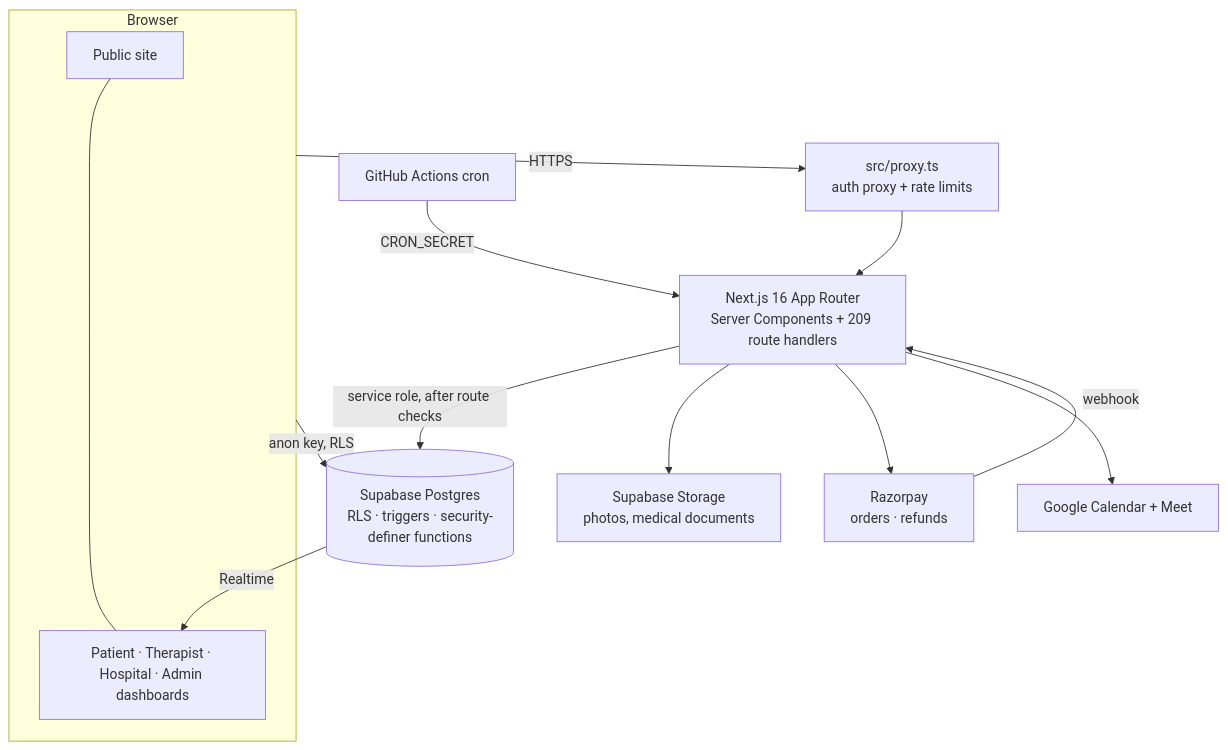
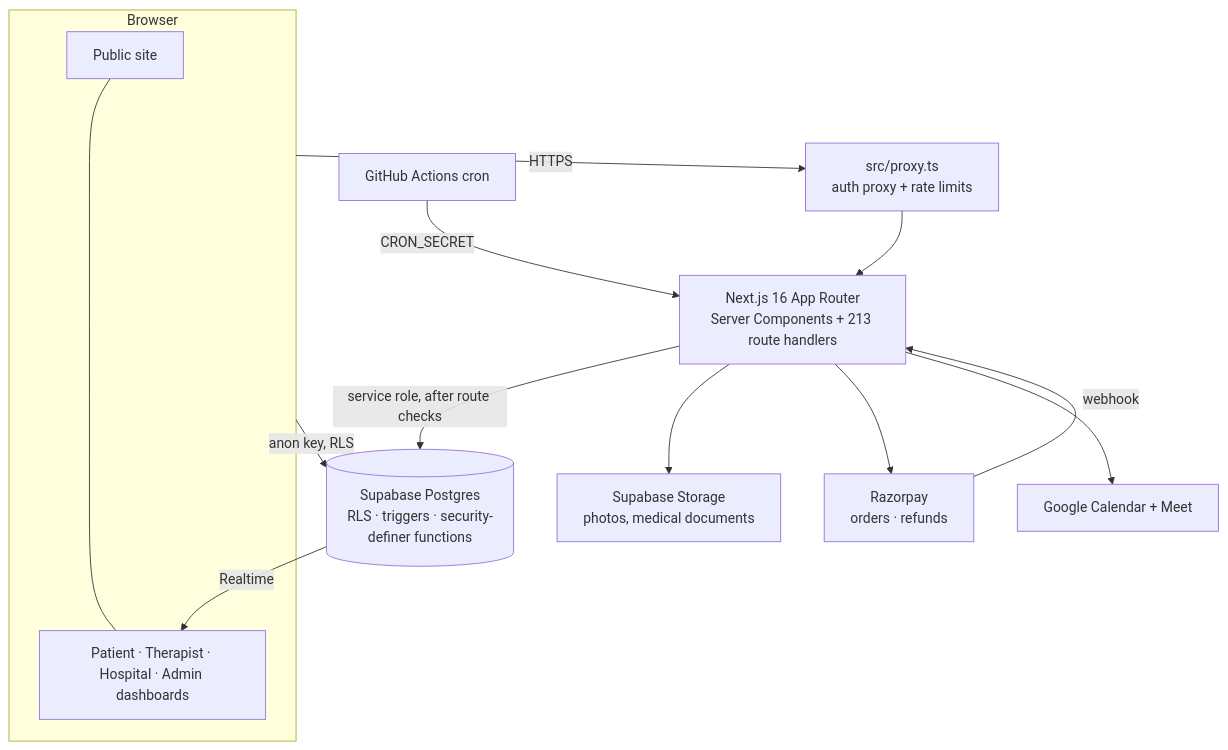
Before and after one commit to nitheesh-git-project/Claude: the second of 2 diagrams in README.md, drawn with Mermaid. The commit also changed other lines of this file and 12 other files, not shown here.

````diff
--- a/README.md
+++ b/README.md
@@ -172,16 +172,16 @@
 ```mermaid
 flowchart TB
   subgraph Browser
     P[Public site] --- D[Patient · Therapist · Hospital · Admin dashboards]
   end
   Browser -->|HTTPS| PX[src/proxy.ts<br/>auth proxy + rate limits]
-  PX --> APP[Next.js 16 App Router<br/>Server Components + 209 route handlers]
+  PX --> APP[Next.js 16 App Router<br/>Server Components + 213 route handlers]
   APP -->|service role, after route checks| SB[(Supabase Postgres<br/>RLS · triggers · security-definer functions)]
   Browser -->|anon key, RLS| SB
   SB -->|Realtime| D
   APP --> ST[Supabase Storage<br/>photos, medical documents]
   APP --> RZ[Razorpay<br/>orders · refunds]
   RZ -->|webhook| APP
   APP --> GC[Google Calendar + Meet]
   GH[GitHub Actions cron] -->|CRON_SECRET| APP
 ```
````
